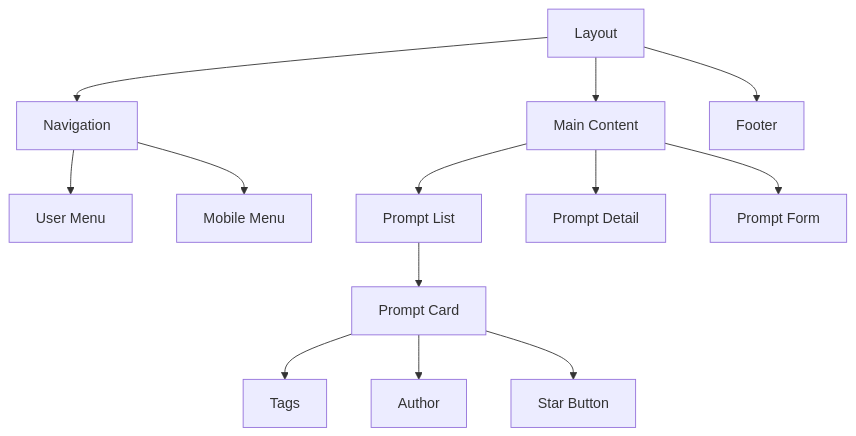
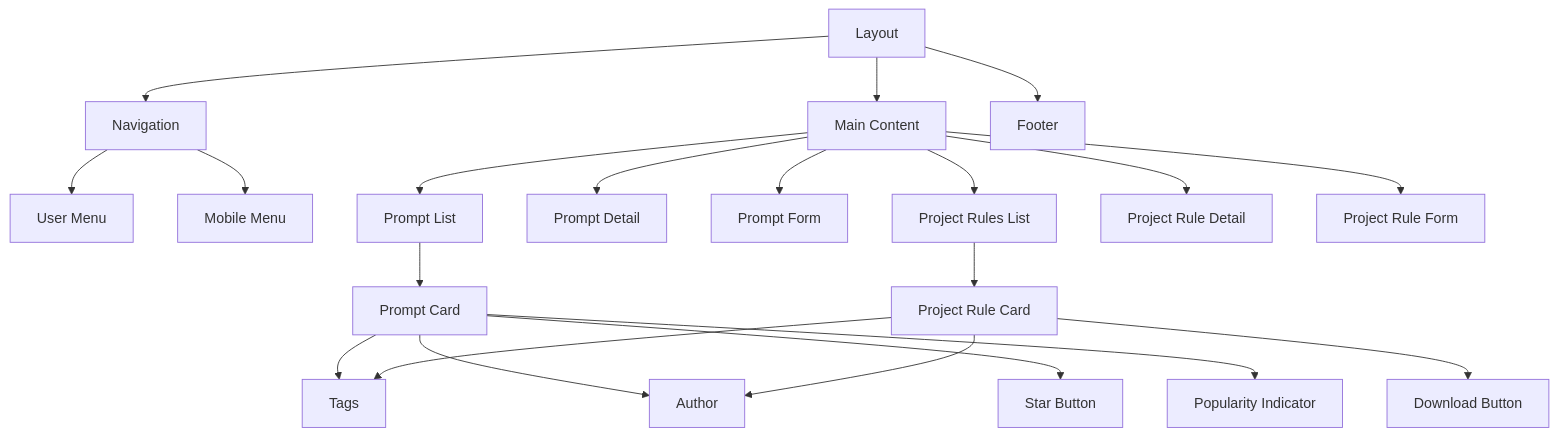
The third of 5 diagrams in memory-bank/systemPatterns.md (riletan/promptz), drawn with Mermaid before and after one commit. The commit also changed other lines of this file and 5 other files, not shown here.

````diff
--- a/memory-bank/systemPatterns.md
+++ b/memory-bank/systemPatterns.md
@@ -50,18 +50,27 @@
 ```mermaid
 flowchart TD
     Layout[Layout] --> Nav[Navigation]
     Layout --> Main[Main Content]
     Layout --> Footer[Footer]
 
     Nav --> UserMenu[User Menu]
     Nav --> MobileMenu[Mobile Menu]
 
     Main --> PromptList[Prompt List]
     Main --> PromptDetail[Prompt Detail]
     Main --> PromptForm[Prompt Form]
+    Main --> ProjectRulesList[Project Rules List]
+    Main --> ProjectRuleDetail[Project Rule Detail]
+    Main --> ProjectRuleForm[Project Rule Form]
 
     PromptList --> PromptCard[Prompt Card]
     PromptCard --> Tags[Tags]
     PromptCard --> Author[Author]
     PromptCard --> StarButton[Star Button]
+    PromptCard --> PopularityIndicator[Popularity Indicator]
+
+    ProjectRulesList --> ProjectRuleCard[Project Rule Card]
+    ProjectRuleCard --> Tags
+    ProjectRuleCard --> Author
+    ProjectRuleCard --> DownloadButton[Download Button]
 ```
````
